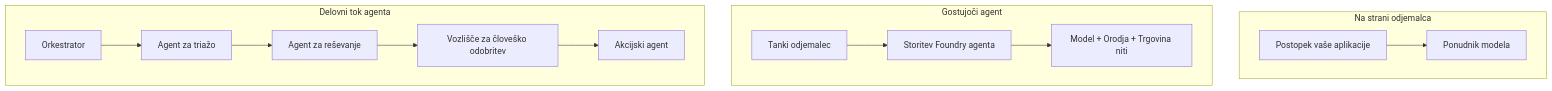
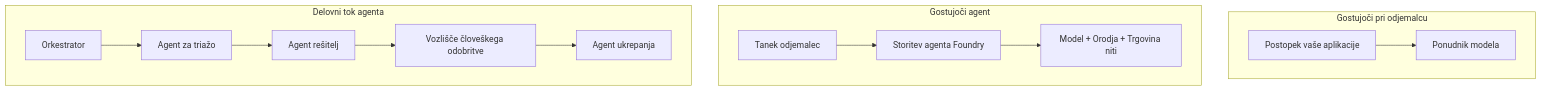
One commit to microsoft/ai-agents-for-beginners changed the first of 4 diagrams in translations/sl/16-deploying-scalable-agents/README.md. Above: the diagram before and after it, drawn with Mermaid. The commit also changed other lines of this file and 47 other files, not shown here.

````diff
--- a/translations/sl/16-deploying-scalable-agents/README.md
+++ b/translations/sl/16-deploying-scalable-agents/README.md
@@ -87,16 +87,16 @@
 ```mermaid
 flowchart TB
-    subgraph P1[Na strani odjemalca]
+    subgraph P1[Gostujoči pri odjemalcu]
         A1[Postopek vaše aplikacije] --> M1[Ponudnik modela]
     end
     subgraph P2[Gostujoči agent]
-        A2[Tanki odjemalec] --> F2[Storitev Foundry agenta]
+        A2[Tanek odjemalec] --> F2[Storitev agenta Foundry]
         F2 --> M2[Model + Orodja + Trgovina niti]
     end
     subgraph P3[Delovni tok agenta]
         A3[Orkestrator] --> S1[Agent za triažo]
-        S1 --> S2[Agent za reševanje]
-        S2 --> H[Vozlišče za človeško odobritev]
-        H --> S3[Akcijski agent]
+        S1 --> S2[Agent rešitelj]
+        S2 --> H[Vozlišče človeškega odobritve]
+        H --> S3[Agent ukrepanja]
     end
 ```
````
